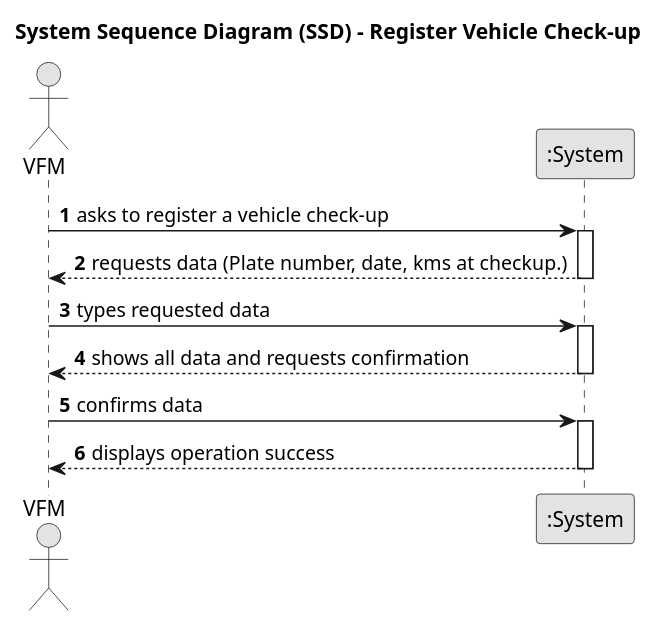
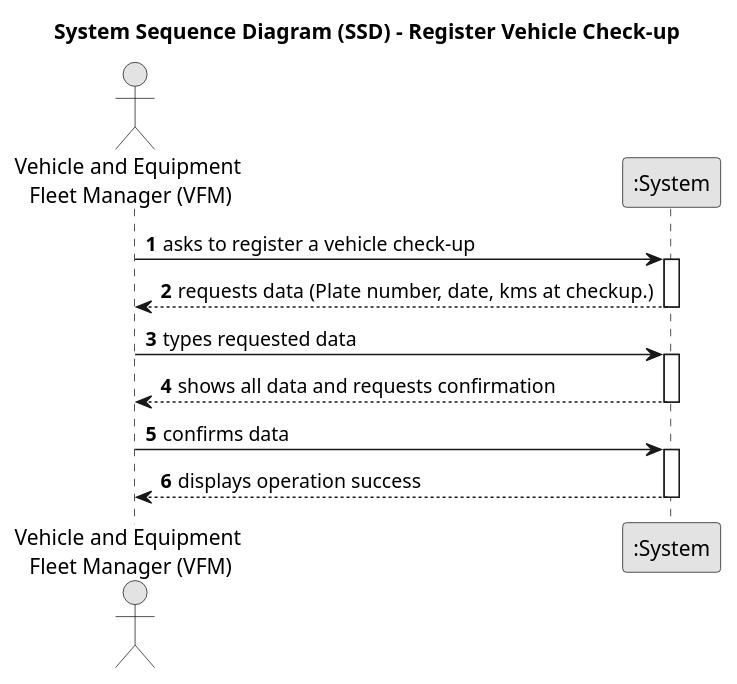
One commit to Departamento-de-Engenharia-Informatica/lei-24-s2-1db-g022 changed the diagram in docs/sprintA/us07/01.requirements-engineering/puml/us07-system-sequence-diagram-register-vehicle-check-up.puml. Above: the diagram before and after it, drawn with PlantUML.

Commit message:
us07 - sequence diagram correction

```diff
--- a/docs/sprintA/us07/01.requirements-engineering/puml/us07-system-sequence-diagram-register-vehicle-check-up.puml
+++ b/docs/sprintA/us07/01.requirements-engineering/puml/us07-system-sequence-diagram-register-vehicle-check-up.puml
@@ -1,31 +1,31 @@
 @startuml
 skinparam monochrome true
 skinparam packageStyle rectangle
 skinparam shadowing false
 
 title System Sequence Diagram (SSD) - Register Vehicle Check-up
 
 autonumber
 
-actor VFM
+actor "Vehicle and Equipment \nFleet Manager (VFM)" as VFM
 participant ":System" as System
 
     VFM -> System : asks to register a vehicle check-up
     activate System
 
         System --> VFM : requests data (Plate number, date, kms at checkup.)
     deactivate System
 
     VFM -> System : types requested data
     activate System
 
        System --> VFM : shows all data and requests confirmation
     deactivate System
 
     VFM -> System : confirms data
     activate System
 
         System --> VFM : displays operation success
     deactivate System
 
 @enduml
```
